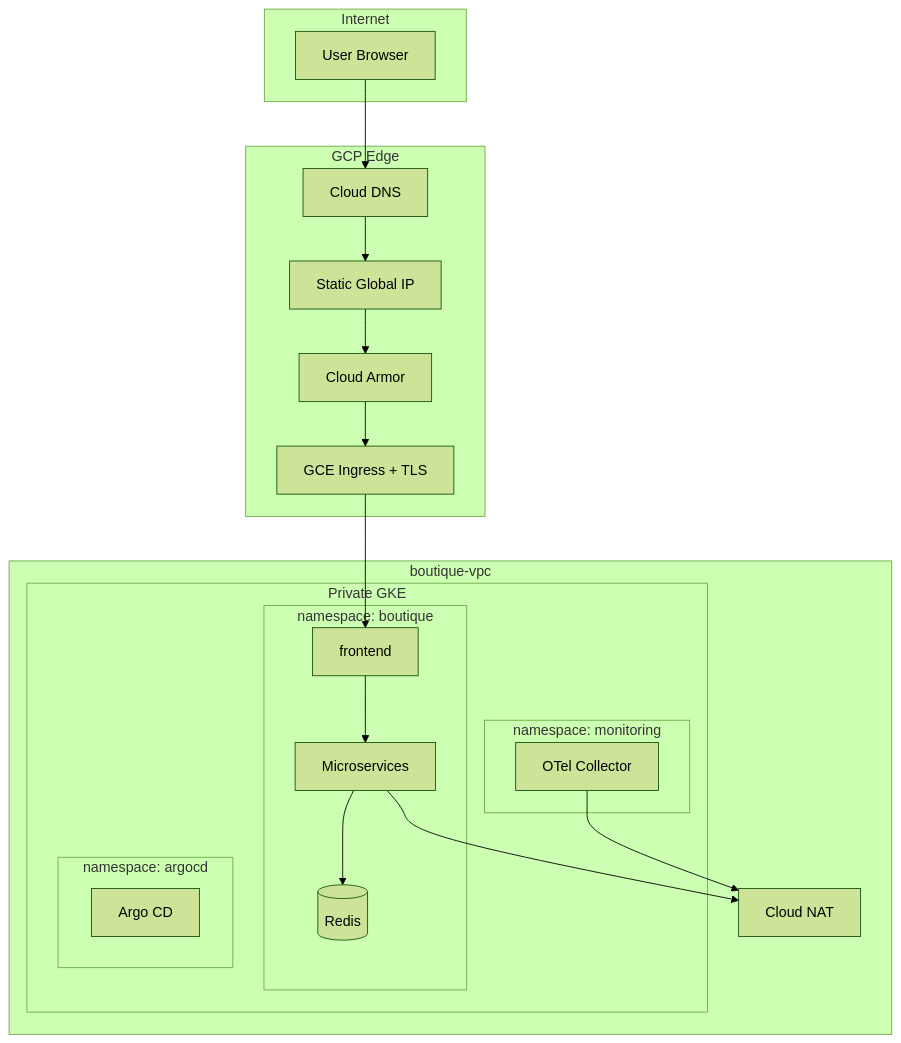
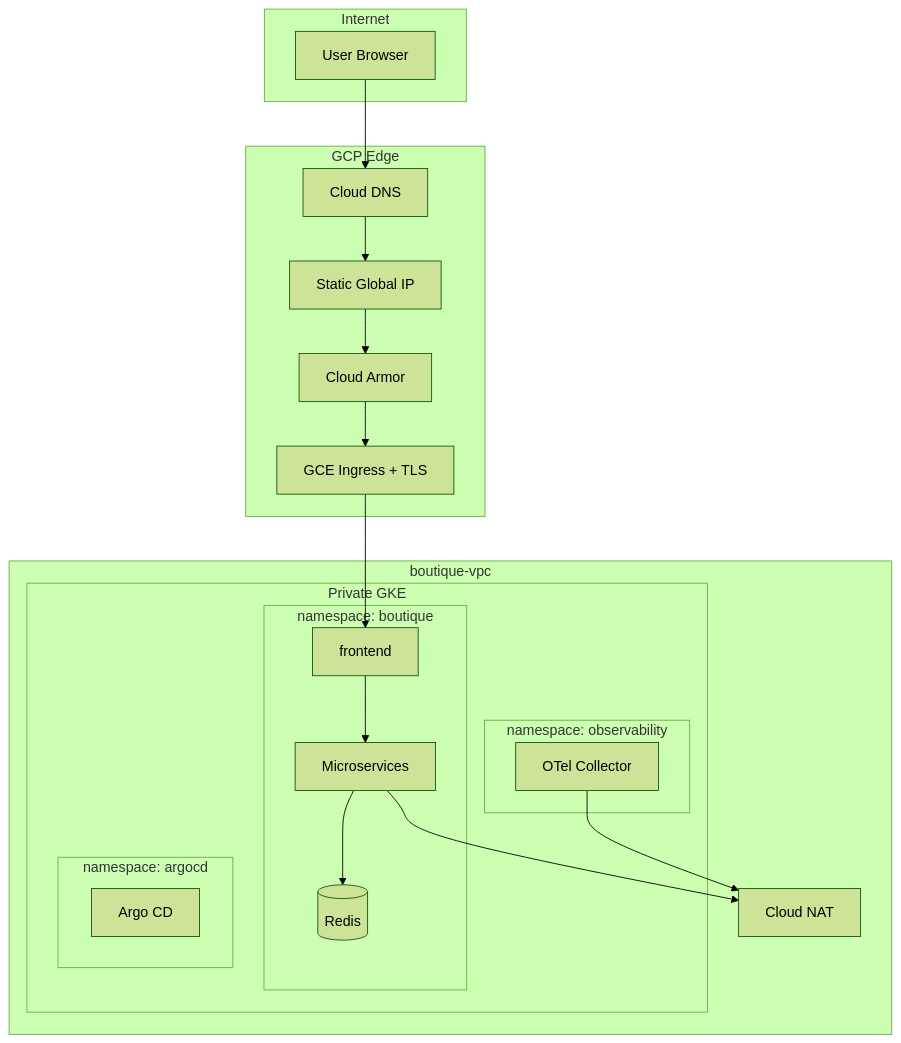
The diagram in assets/diagrams/network-flow.mmd (btilki/boutique-gke-sre), drawn with Mermaid (forest theme) before and after one commit. The commit also changed 28 other files, not shown here.

```diff
--- a/assets/diagrams/network-flow.mmd
+++ b/assets/diagrams/network-flow.mmd
@@ -1,33 +1,33 @@
 flowchart TB
   subgraph Internet
     USER[User Browser]
   end
 
   subgraph Edge["GCP Edge"]
     DNS[Cloud DNS]
     IP[Static Global IP]
     ARMOR[Cloud Armor]
     ING[GCE Ingress + TLS]
   end
 
   subgraph VPC["boutique-vpc"]
     subgraph GKE["Private GKE"]
       subgraph NS_B["namespace: boutique"]
         FE[frontend]
         SVC[Microservices]
         REDIS[(Redis)]
       end
       subgraph NS_A["namespace: argocd"]
         AC[Argo CD]
       end
-      subgraph NS_M["namespace: monitoring"]
+      subgraph NS_O["namespace: observability"]
         OTEL[OTel Collector]
       end
     end
     NAT[Cloud NAT]
   end
 
   USER --> DNS --> IP --> ARMOR --> ING --> FE
   FE --> SVC --> REDIS
   SVC --> NAT
   OTEL --> NAT
```
